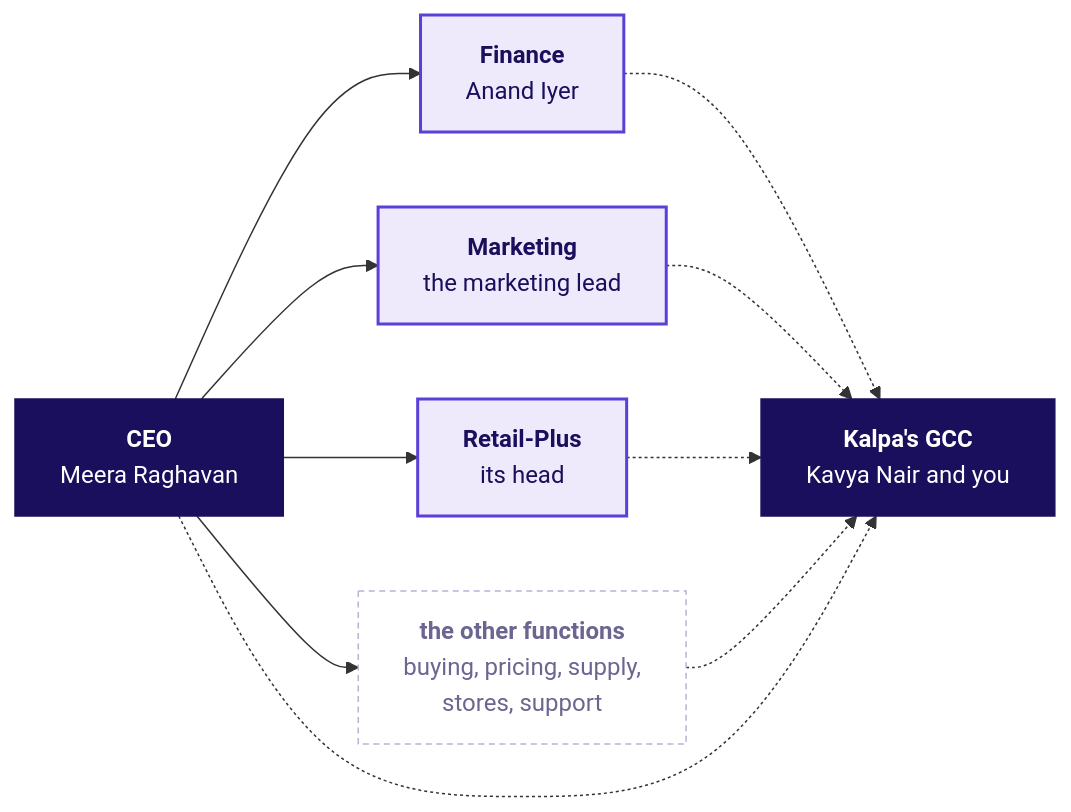
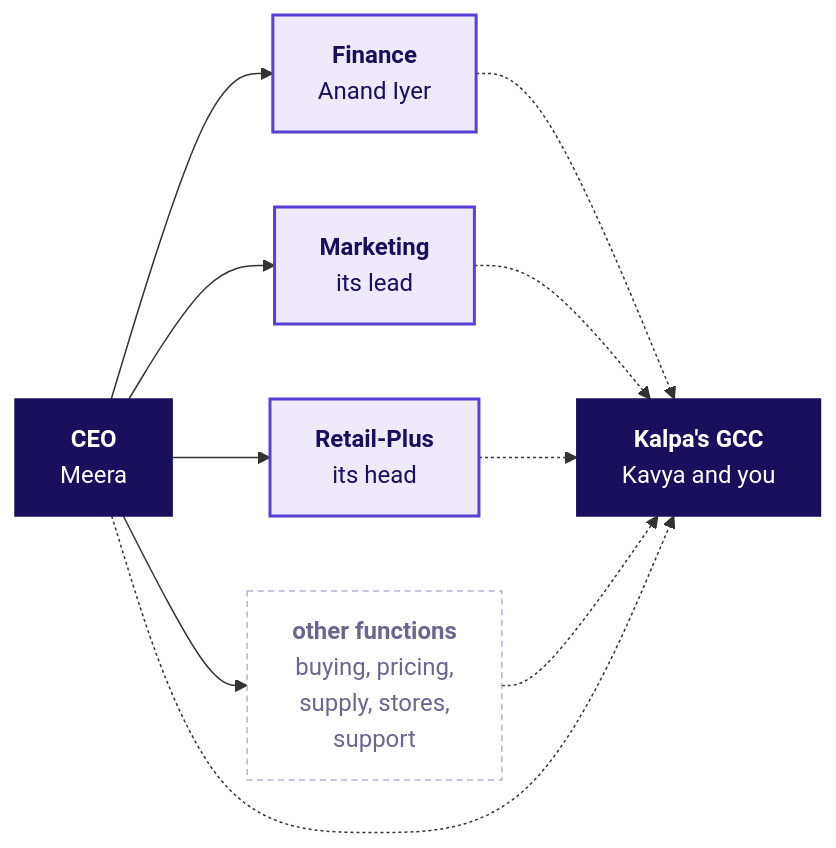
The fifth of 29 diagrams in content/W01/D1/slides/C2_W01_D01_half1_STUDENT.md (fde-academy-lab/c2-content-factory), drawn with Mermaid before and after one commit. The commit also changed other lines of this file and 3 other files, not shown here.

````diff
--- a/content/W01/D1/slides/C2_W01_D01_half1_STUDENT.md
+++ b/content/W01/D1/slides/C2_W01_D01_half1_STUDENT.md
@@ -223,15 +223,15 @@
 ```mermaid
 flowchart LR
-    CEO["<b>CEO</b><br/>Meera Raghavan"] --> FIN["<b>Finance</b><br/>Anand Iyer"]
-    CEO --> MKT["<b>Marketing</b><br/>the marketing lead"]
+    CEO["<b>CEO</b><br/>Meera"] --> FIN["<b>Finance</b><br/>Anand Iyer"]
+    CEO --> MKT["<b>Marketing</b><br/>its lead"]
     CEO --> RP["<b>Retail-Plus</b><br/>its head"]
-    CEO --> OTH["<b>the other functions</b><br/>buying, pricing, supply,<br/>stores, support"]
-    FIN & MKT & RP & OTH -.-> GCC["<b>Kalpa's GCC</b><br/>Kavya Nair and you"]
+    CEO --> OTH["<b>other functions</b><br/>buying, pricing,<br/>supply, stores,<br/>support"]
+    FIN & MKT & RP & OTH -.-> GCC["<b>Kalpa's GCC</b><br/>Kavya and you"]
     CEO -.-> GCC
     classDef known fill:#EEEAFB,stroke:#5B3FD6,color:#1A0F5C,stroke-width:2px
     classDef unknown fill:#FFFFFF,stroke:#B8B2D6,color:#6B6690,stroke-dasharray:4 3
     classDef dark fill:#1A0F5C,stroke:#1A0F5C,color:#FFFFFF
     class FIN,MKT,RP known
     class OTH unknown
     class CEO,GCC dark
 ```
````
